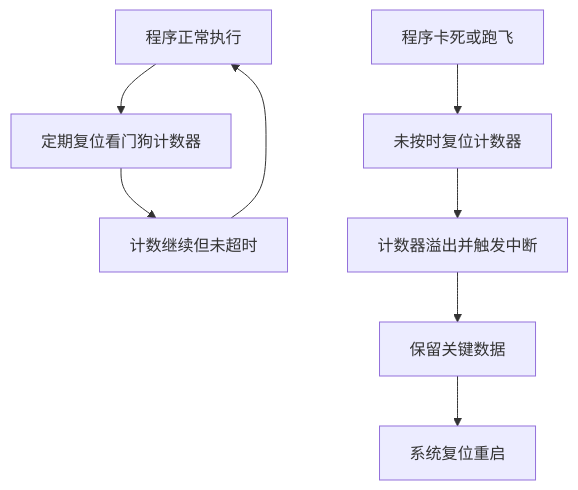
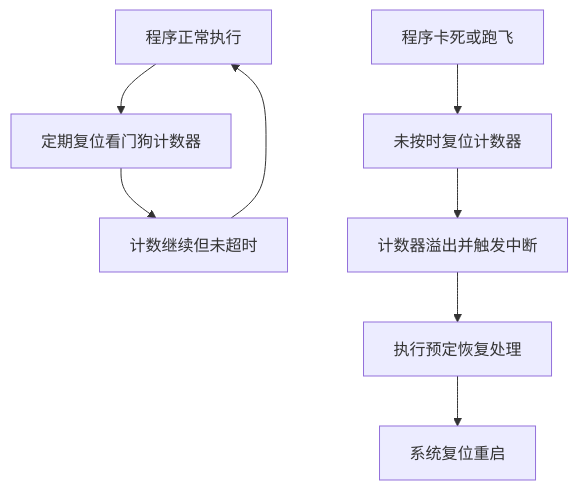
One commit to 74262195/system-architect-notes changed the diagram in 06_架构设计理论与实践/05_嵌入式系统架构/看门狗电路：程序跑飞后怎样让设备自己恢复.md. Above: the diagram before and after it, drawn with Mermaid. The commit also changed other lines of this file and 5 other files, not shown here.

````diff
--- a/06_架构设计理论与实践/05_嵌入式系统架构/看门狗电路：程序跑飞后怎样让设备自己恢复.md
+++ b/06_架构设计理论与实践/05_嵌入式系统架构/看门狗电路：程序跑飞后怎样让设备自己恢复.md
@@ -25,10 +25,10 @@
 ```mermaid
 flowchart TD
   A[程序正常执行] --> B[定期复位看门狗计数器]
   B --> C[计数继续但未超时]
   C --> A
   D[程序卡死或跑飞] --> E[未按时复位计数器]
   E --> F[计数器溢出并触发中断]
-  F --> G[保留关键数据]
+  F --> G[执行预定恢复处理]
   G --> H[系统复位重启]
 ```
````
